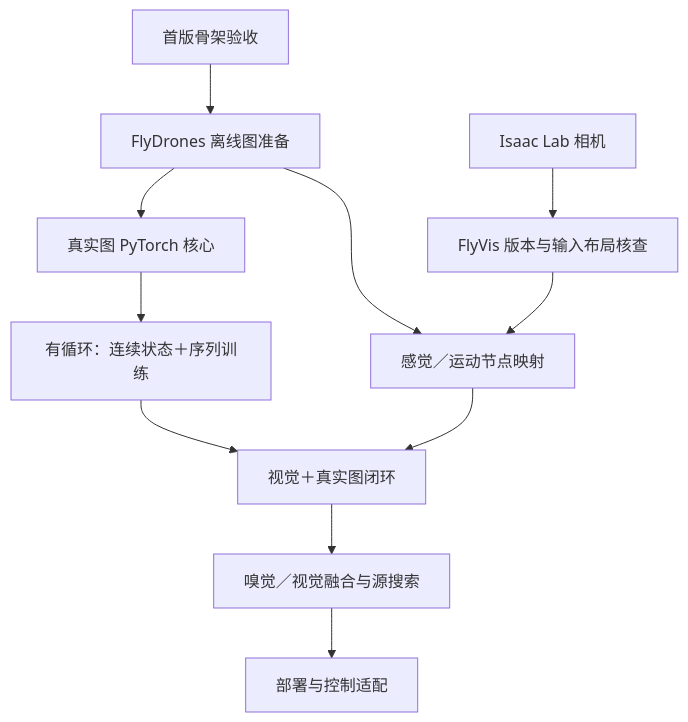
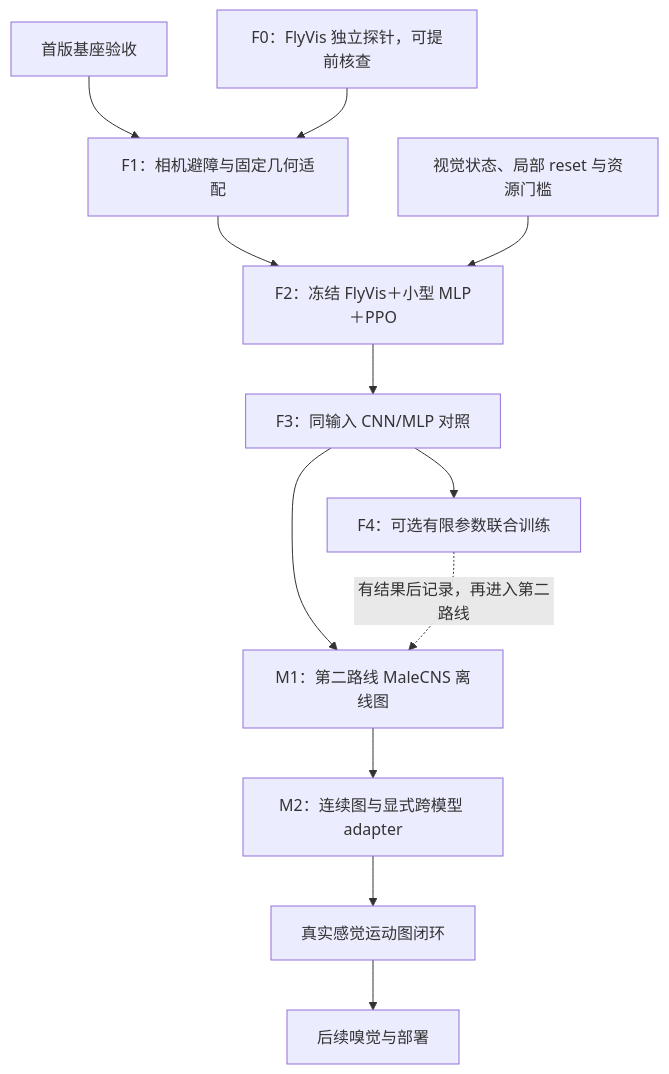
One commit to dataking-AI/fruit-Dronefly changed the diagram in 04 后续升级/00 升级依赖与实施边界.md. Above: the diagram before and after it, drawn with Mermaid. The commit also changed other lines of this file and 19 other files, not shown here.

First line of the commit message:
docs: 调整 FlyVis 视觉路线，补充控制验收并同步工程状态

```diff
--- a/04 后续升级/00 升级依赖与实施边界.md
+++ b/04 后续升级/00 升级依赖与实施边界.md
@@ -36,13 +38,15 @@
 ~~~mermaid
 flowchart TD
-    S["首版骨架验收"] --> D["FlyDrones 离线图准备"]
-    D --> G["真实图 PyTorch 核心"]
-    D --> M["感觉／运动节点映射"]
-    G --> R["有循环：连续状态＋序列训练"]
-    V["FlyVis 版本与输入布局核查"] --> M
-    C["Isaac Lab 相机"] --> V
-    M --> F["视觉＋真实图闭环"]
-    R --> F
-    F --> O["嗅觉／视觉融合与源搜索"]
-    O --> H["部署与控制适配"]
+    V["F0：FlyVis 独立探针，可提前核查"]
+    S["首版基座验收"] --> C
+    V --> C["F1：相机避障与固定几何适配"]
+    C --> A["F2：冻结 FlyVis＋小型 MLP＋PPO"]
+    R["视觉状态、局部 reset 与资源门槛"] --> A
+    A --> B["F3：同输入 CNN/MLP 对照"]
+    B --> J["F4：可选有限参数联合训练"]
+    B --> D["M1：第二路线 MaleCNS 离线图"]
+    J -. "有结果后记录，再进入第二路线" .-> D
+    D --> G["M2：连续图与显式跨模型 adapter"]
+    G --> F["真实感觉运动图闭环"]
+    F --> O["后续嗅觉与部署"]
 ~~~
```
